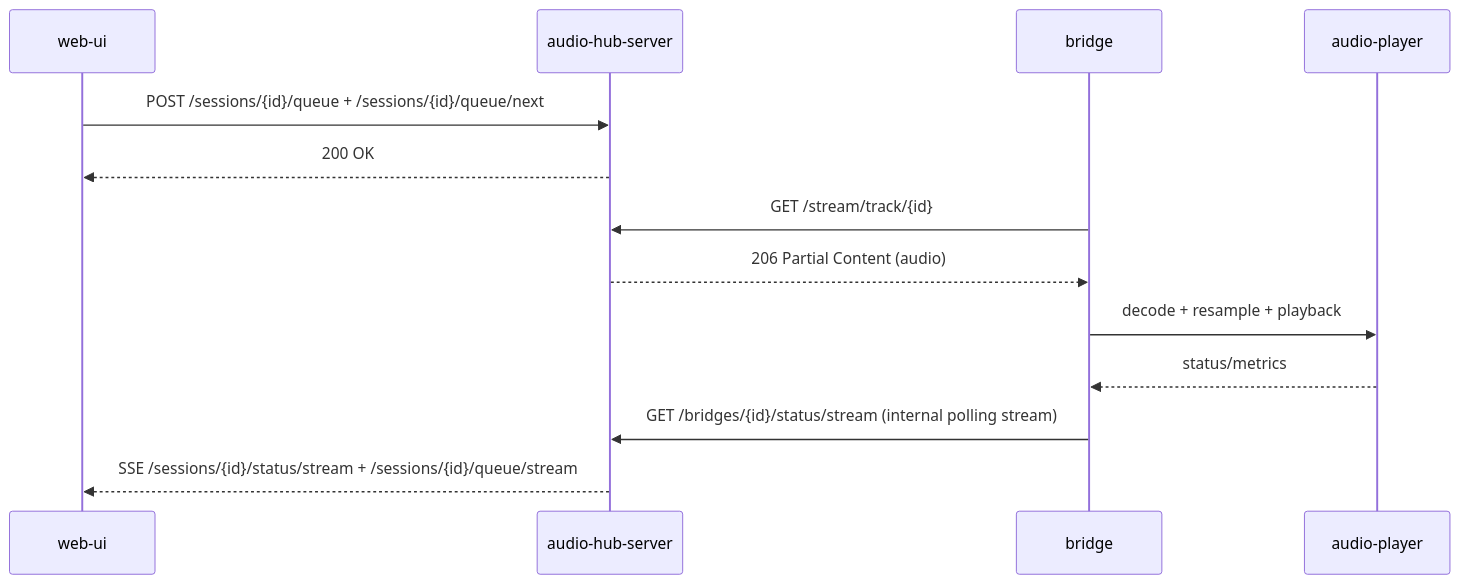
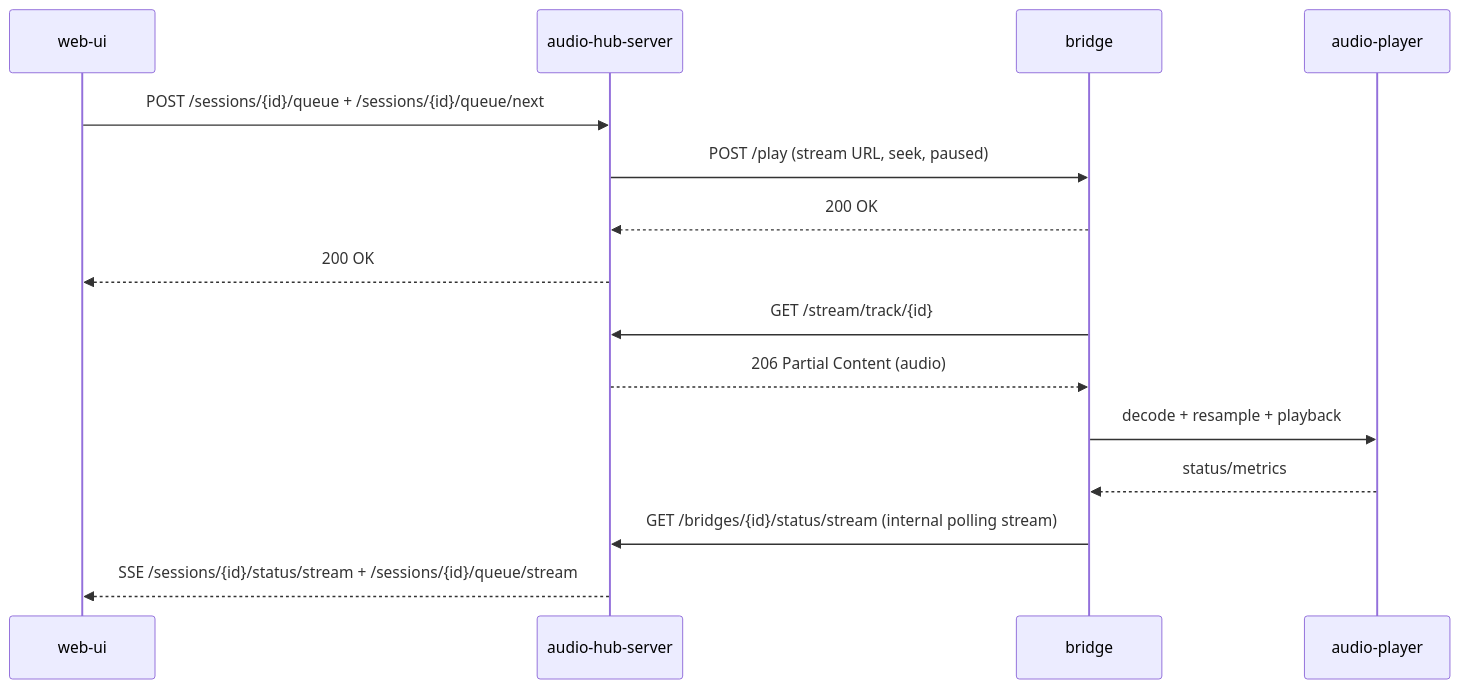
One commit to dariusbakunas/audio-bridge changed the first of 4 diagrams in README.md. Above: the diagram before and after it, drawn with Mermaid.

````diff
--- a/README.md
+++ b/README.md
@@ -40,16 +40,18 @@
 ```mermaid
 sequenceDiagram
     participant UI as web-ui
     participant HUB as audio-hub-server
     participant BR as bridge
     participant AP as audio-player
 
     UI->>HUB: POST /sessions/{id}/queue + /sessions/{id}/queue/next
+    HUB->>BR: POST /play (stream URL, seek, paused)
+    BR-->>HUB: 200 OK
     HUB-->>UI: 200 OK
     BR->>HUB: GET /stream/track/{id}
     HUB-->>BR: 206 Partial Content (audio)
     BR->>AP: decode + resample + playback
     AP-->>BR: status/metrics
     BR->>HUB: GET /bridges/{id}/status/stream (internal polling stream)
     HUB-->>UI: SSE /sessions/{id}/status/stream + /sessions/{id}/queue/stream
 ```
````
